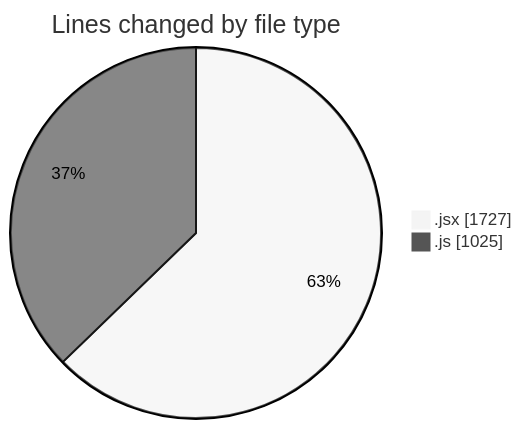
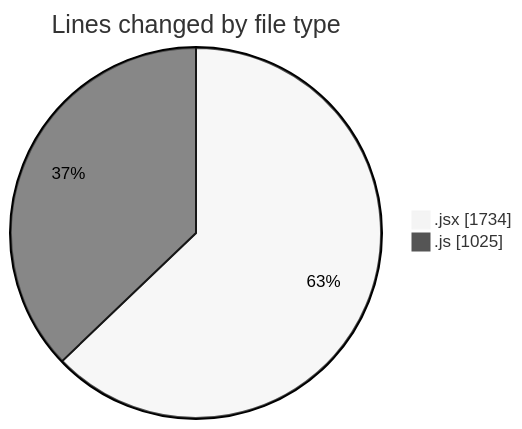
Before and after one commit to nxtqubesakshisongat/code-tracking: the first of 2 diagrams in 2025-08-04/nxtqube_webapp/README.md, drawn with Mermaid (neutral theme). The commit also changed other lines of this file and 1 other file, not shown here.

````diff
--- a/2025-08-04/nxtqube_webapp/README.md
+++ b/2025-08-04/nxtqube_webapp/README.md
@@ -25,6 +25,6 @@
 ```mermaid
 pie showData
 title Lines changed by file type
-".jsx" : 1727
+".jsx" : 1734
 ".js" : 1025
 ```
````
